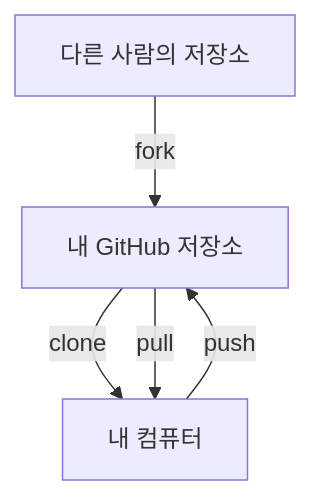
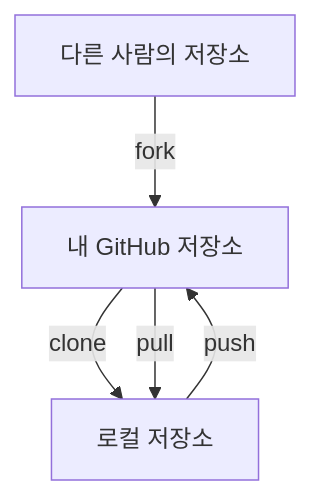
Before and after one commit to qus0in-factory/learn: the second of 2 diagrams in docs/lecture/05-remote.md, drawn with Mermaid. The commit also changed other lines of this file and 8 other files, not shown here.

````diff
--- a/docs/lecture/05-remote.md
+++ b/docs/lecture/05-remote.md
@@ -53,7 +53,7 @@
 ```mermaid
 flowchart TB
     UP["다른 사람의 저장소"] -->|fork| FORK["내 GitHub 저장소"]
-    FORK -->|clone| LOCAL["내 컴퓨터"]
+    FORK -->|clone| LOCAL["로컬 저장소"]
     LOCAL -->|push| FORK
     FORK -->|pull| LOCAL
 ```
````
